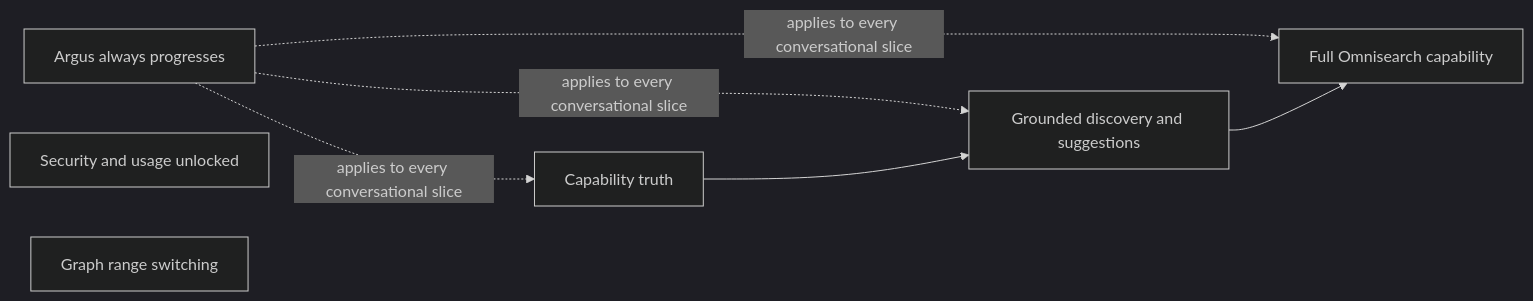
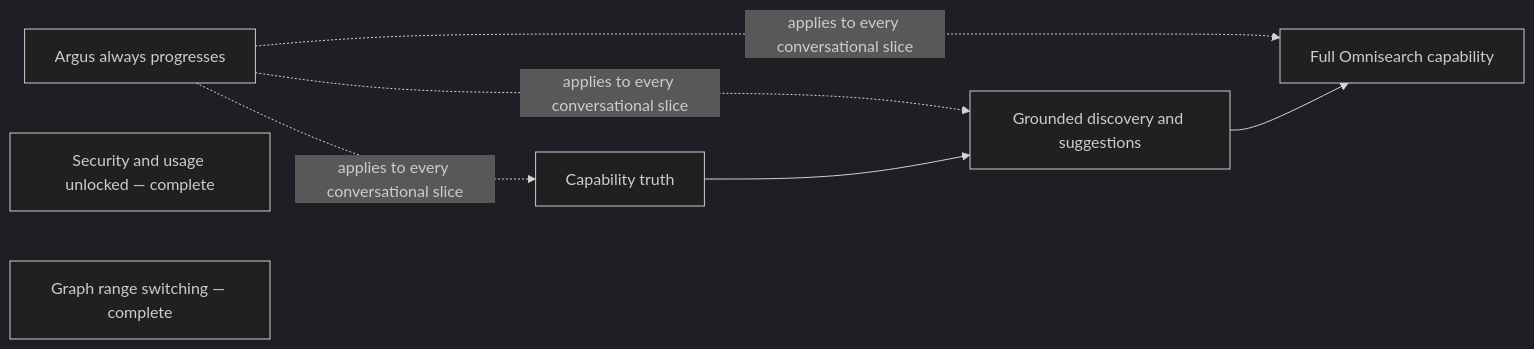
The diagram in docs/specs/private-alpha-interim-roadmap.md (lagarcess/argus), drawn with Mermaid (dark theme) before and after one commit. The commit also changed other lines of this file and 3 other files, not shown here.

Commit message:
docs(roadmap): reconcile interim completion and archive issue plan

````diff
--- a/docs/specs/private-alpha-interim-roadmap.md
+++ b/docs/specs/private-alpha-interim-roadmap.md
@@ -95,14 +80,14 @@
 ```mermaid
 flowchart LR
     LIVE["Argus always progresses"]
-    ACCESS["Security and usage unlocked"]
-    RANGE["Graph range switching"]
+    ACCESS["Security and usage unlocked — complete"]
+    RANGE["Graph range switching — complete"]
     TRUTH["Capability truth"]
     DISCOVERY["Grounded discovery and suggestions"]
     OMNI["Full Omnisearch capability"]
 
     LIVE -. "applies to every conversational slice" .-> TRUTH
     LIVE -. "applies to every conversational slice" .-> DISCOVERY
     LIVE -. "applies to every conversational slice" .-> OMNI
     TRUTH --> DISCOVERY --> OMNI
 ```
````
